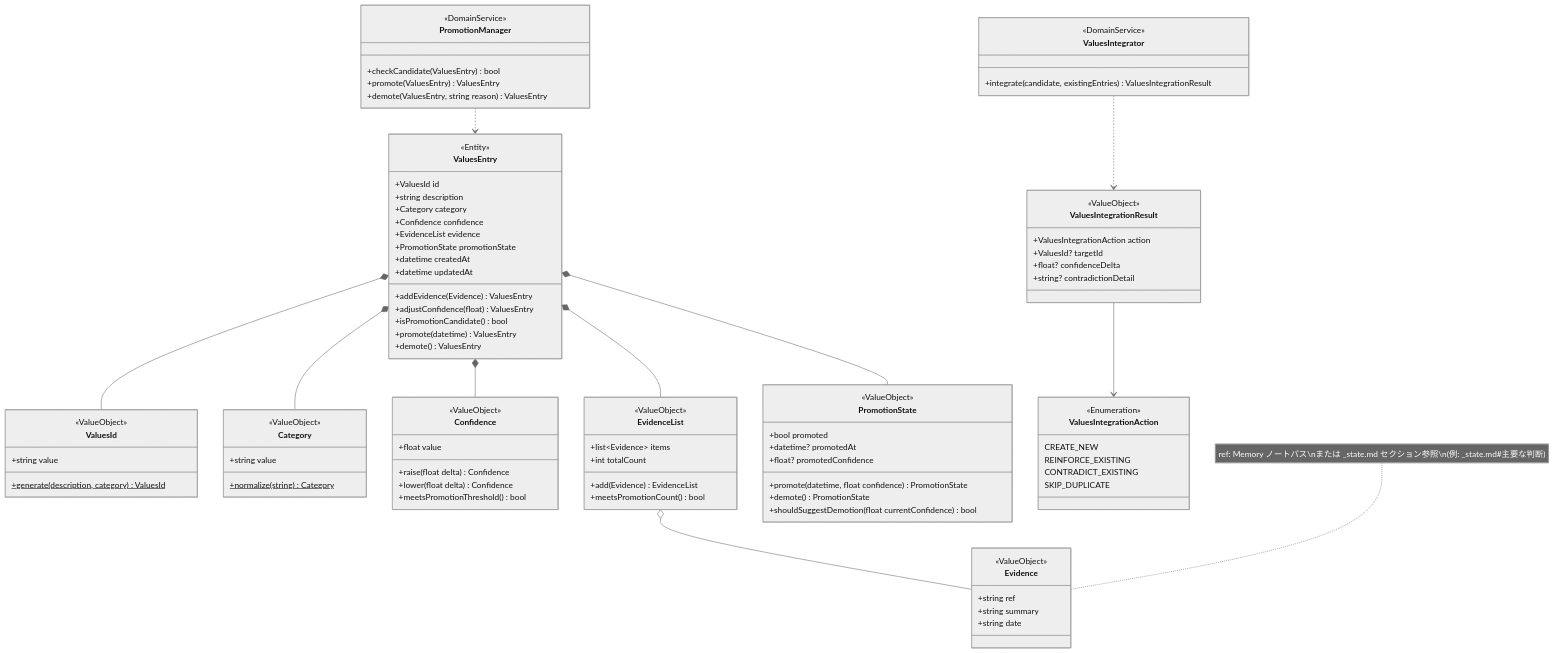
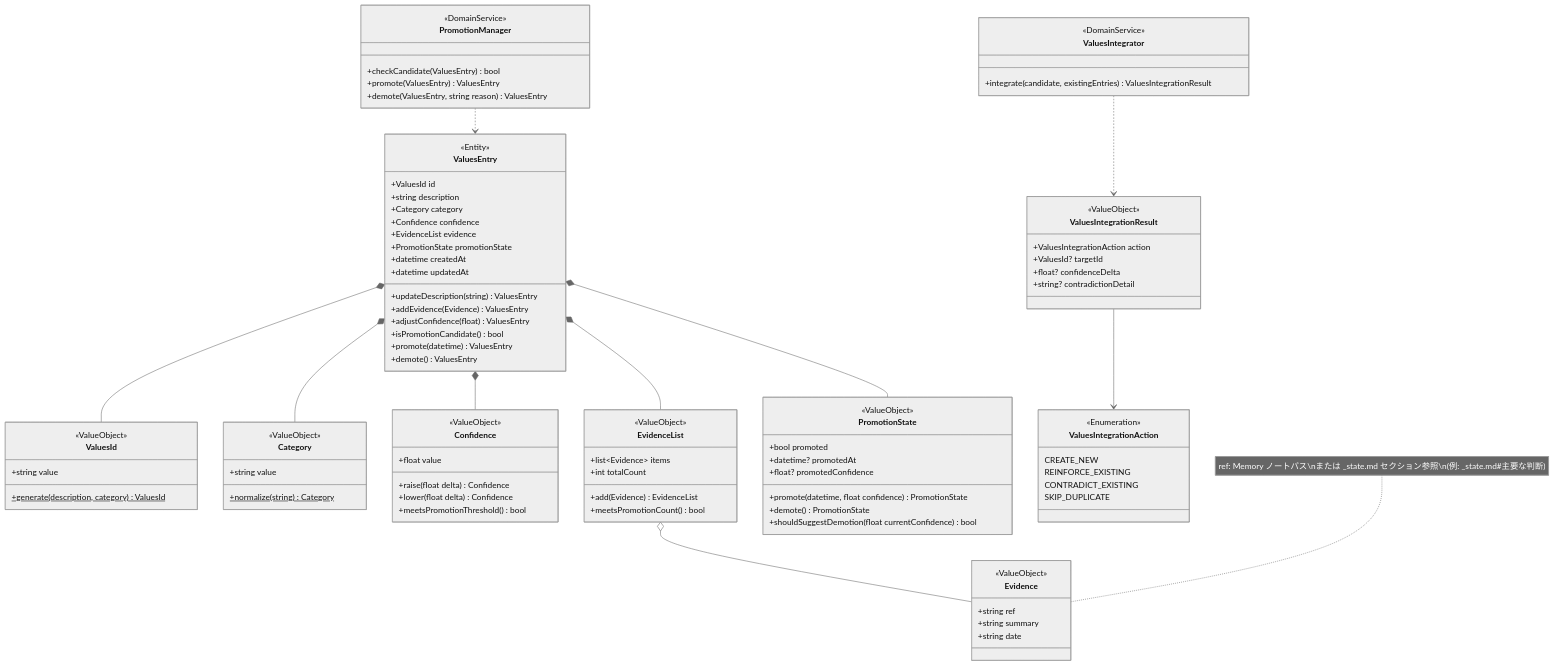
One commit to RK0429/agentic-memory changed the third of 6 diagrams in docs/design/DOMAIN-MODEL-knowledge-values.md. Above: the diagram before and after it, drawn with Mermaid (neutral theme). The commit also changed other lines of this file and 2 other files, not shown here.

Commit message:
docs: resolve Knowledge/Values review findings

```diff
--- a/docs/design/DOMAIN-MODEL-knowledge-values.md
+++ b/docs/design/DOMAIN-MODEL-knowledge-values.md
@@ -192,6 +194,7 @@
         +PromotionState promotionState
         +datetime createdAt
         +datetime updatedAt
+        +updateDescription(string) ValuesEntry
         +addEvidence(Evidence) ValuesEntry
         +adjustConfidence(float) ValuesEntry
         +isPromotionCandidate() bool
```
